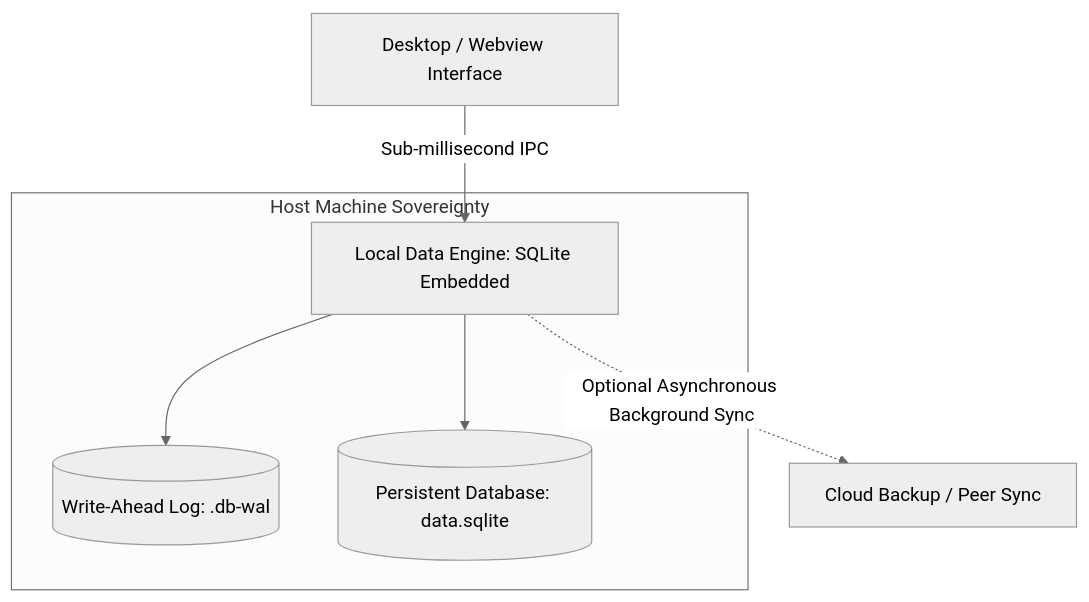
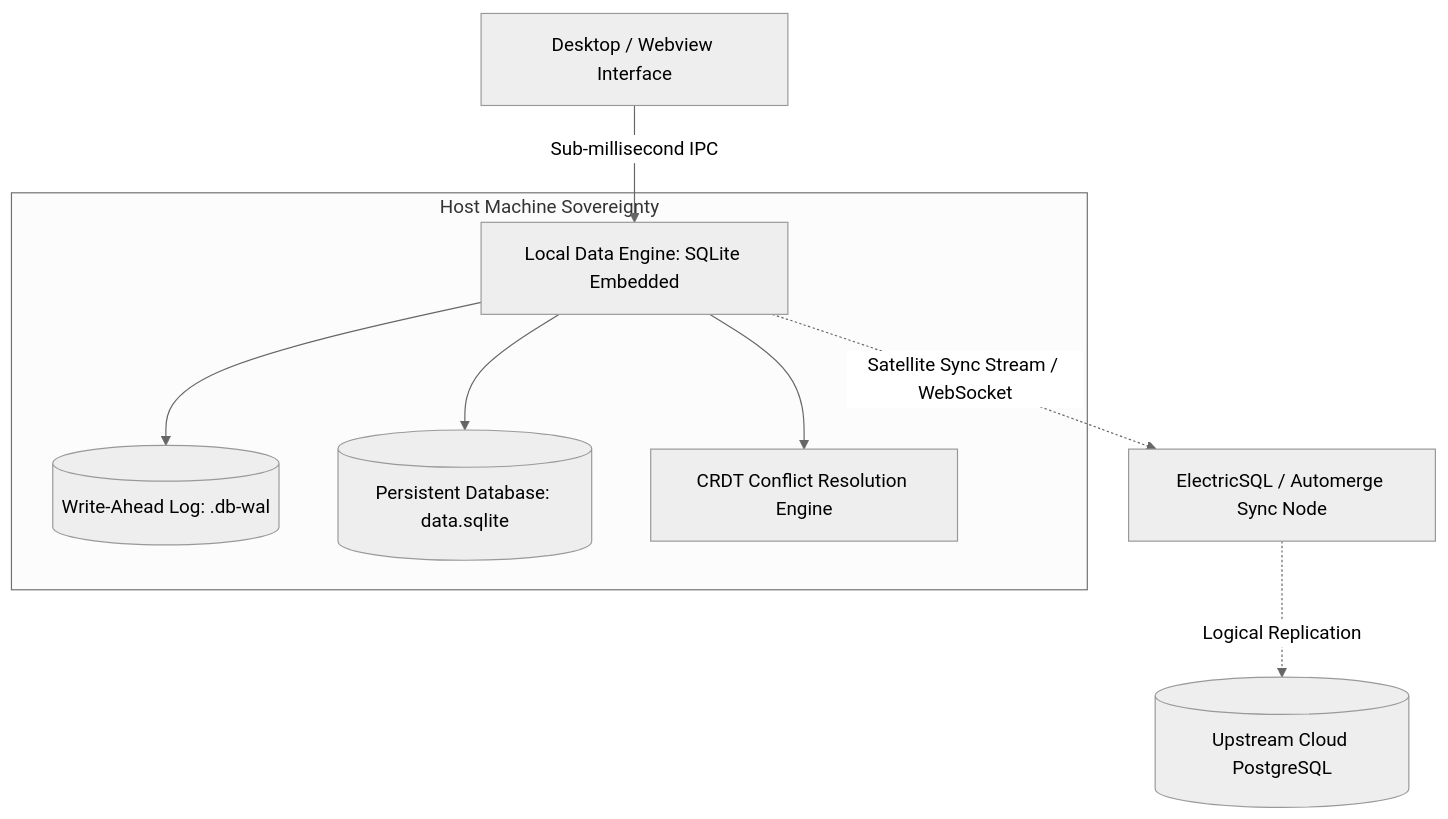
One commit to MasterZ1311/Dev-AURA changed the first of 2 diagrams in docs/learning-paths/01-foundations-to-local-first/02-local-first-data-with-sqlite.md. Above: the diagram before and after it, drawn with Mermaid (neutral theme). The commit also changed other lines of this file and 48 other files, not shown here.

````diff
--- a/docs/learning-paths/01-foundations-to-local-first/02-local-first-data-with-sqlite.md
+++ b/docs/learning-paths/01-foundations-to-local-first/02-local-first-data-with-sqlite.md
@@ -36,11 +40,13 @@
 ```mermaid
 graph TD
     UI[Desktop / Webview Interface] -->|Sub-millisecond IPC| LocalEngine[Local Data Engine: SQLite Embedded]
     
     subgraph Host Machine Sovereignty
         LocalEngine --> WAL[(Write-Ahead Log: .db-wal)]
         LocalEngine --> DB[(Persistent Database: data.sqlite)]
+        LocalEngine --> CRDT[CRDT Conflict Resolution Engine]
     end
     
-    LocalEngine -.->|Optional Asynchronous Background Sync| CloudReplication[Cloud Backup / Peer Sync]
+    LocalEngine -.->|Satellite Sync Stream / WebSocket| SyncService[ElectricSQL / Automerge Sync Node]
+    SyncService -.->|Logical Replication| CloudPostgres[(Upstream Cloud PostgreSQL)]
 ```
````
